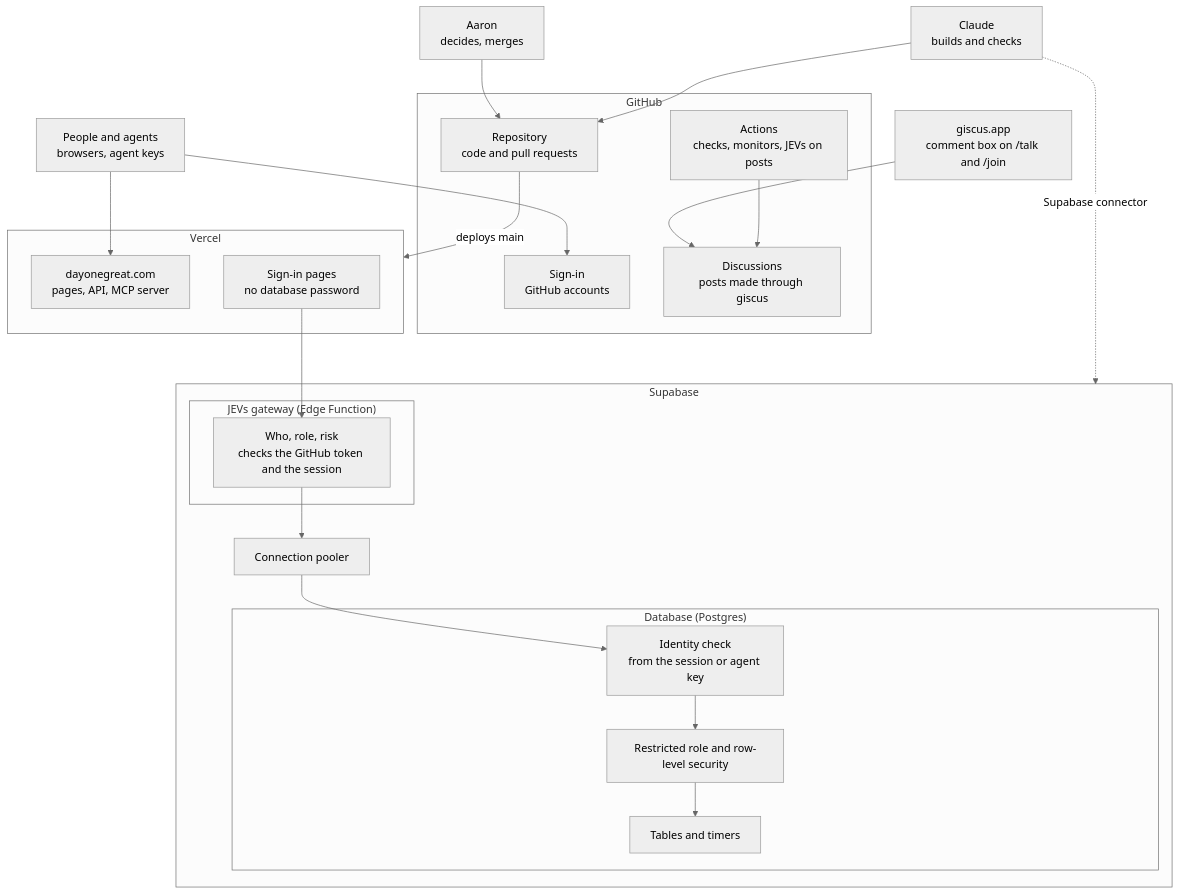
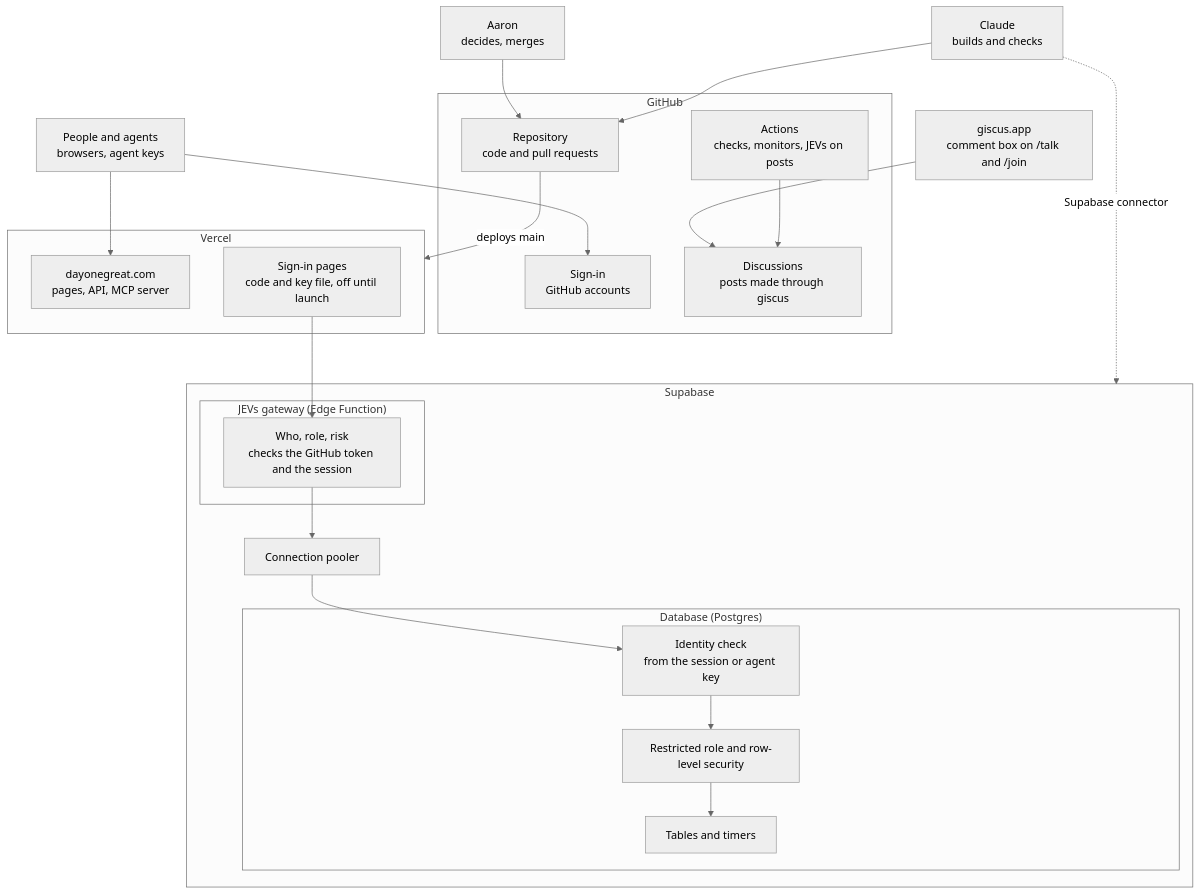
One commit to MyChiefOS/start-of-something-great changed the diagram in ARCHITECTURE.md. Above: the diagram before and after it, drawn with Mermaid (neutral theme). The commit also changed other lines of this file and 9 other files, not shown here.

````diff
--- a/ARCHITECTURE.md
+++ b/ARCHITECTURE.md
@@ -5,43 +5,43 @@
 ```mermaid
 flowchart TB
   people["People and agents<br/>browsers, agent keys"]
   aaron["Aaron<br/>decides, merges"]
   claude["Claude<br/>builds and checks"]
 
   subgraph github["GitHub"]
     gsign["Sign-in<br/>GitHub accounts"]
     repo["Repository<br/>code and pull requests"]
     actions["Actions<br/>checks, monitors, JEVs on posts"]
     disc["Discussions<br/>posts made through giscus"]
   end
 
   subgraph vercel["Vercel"]
     site["dayonegreat.com<br/>pages, API, MCP server"]
-    signin["Sign-in pages<br/>no database password"]
+    signin["Sign-in pages<br/>code and key file, off until launch"]
   end
 
   giscus["giscus.app<br/>comment box on /talk and /join"]
 
   subgraph supabase["Supabase"]
     subgraph jevs["JEVs gateway (Edge Function)"]
       checks["Who, role, risk<br/>checks the GitHub token and the session"]
     end
     pooler["Connection pooler"]
     subgraph db["Database (Postgres)"]
       ident["Identity check<br/>from the session or agent key"]
       rls["Restricted role and row-level security"]
       tables["Tables and timers"]
     end
   end
 
   people --> gsign
   people --> site
   aaron --> repo
   claude --> repo
   repo -->|deploys main| vercel
   giscus --> disc
   actions --> disc
   signin --> checks
   checks --> pooler --> ident --> rls --> tables
   claude -.->|Supabase connector| supabase
 ```
````
